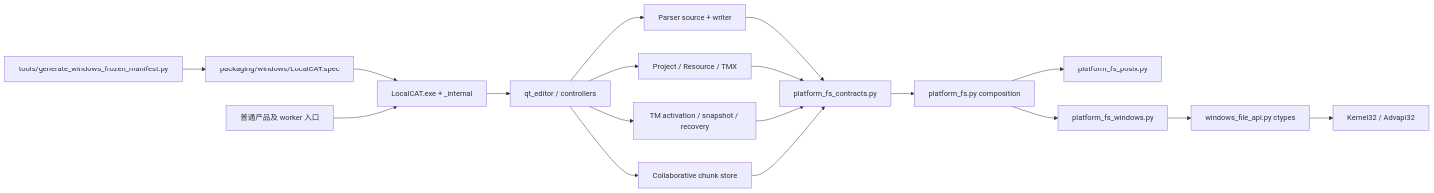
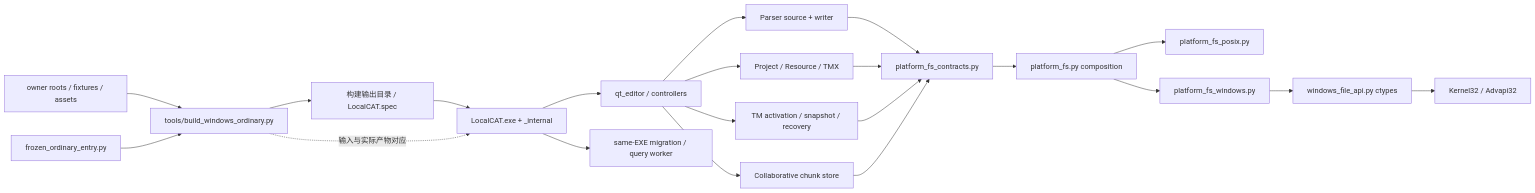
One commit to BeFringe/LocalCAT changed the first of 4 diagrams in .kiro/specs/windows-platform-enablement/design.md. Above: the diagram before and after it, drawn with Mermaid. The commit also changed other lines of this file and 3 other files, not shown here.

````diff
--- a/.kiro/specs/windows-platform-enablement/design.md
+++ b/.kiro/specs/windows-platform-enablement/design.md
@@ -85,36 +85,40 @@
 ```mermaid
 flowchart LR
     UI[qt_editor / controllers]
     PARSER[Parser source + writer]
     PROJECT[Project / Resource / TMX]
     TM[TM activation / snapshot / recovery]
     CHUNK[Collaborative chunk store]
 
     CONTRACTS[platform_fs_contracts.py]
     COMPOSE[platform_fs.py composition]
     POSIX[platform_fs_posix.py]
     WIN[platform_fs_windows.py]
     WINAPI[windows_file_api.py ctypes]
 
     UI --> PARSER
     UI --> PROJECT
     UI --> TM
     UI --> CHUNK
     PARSER --> CONTRACTS
     PROJECT --> CONTRACTS
     TM --> CONTRACTS
     CHUNK --> CONTRACTS
     CONTRACTS --> COMPOSE
     COMPOSE --> POSIX
     COMPOSE --> WIN
     WIN --> WINAPI
     WINAPI --> K32[Kernel32 / Advapi32]
 
-    BOOT[普通产品及 worker 入口]
-    MANIFEST[tools/generate_windows_frozen_manifest.py]
-    SPEC[packaging/windows/LocalCAT.spec]
+    BOOT[frozen_ordinary_entry.py]
+    OWNER[owner roots / fixtures / assets]
+    BUILD[tools/build_windows_ordinary.py]
+    SPEC[构建输出目录 / LocalCAT.spec]
     DIST[LocalCAT.exe + _internal]
-    MANIFEST --> SPEC --> DIST
-    BOOT --> DIST
+    OWNER --> BUILD
+    BOOT --> BUILD
+    BUILD --> SPEC --> DIST
+    BUILD -. 输入与实际产物对应 .-> DIST
     DIST --> UI
+    DIST --> WORKER[same-EXE migration / query worker]
 ```
````
